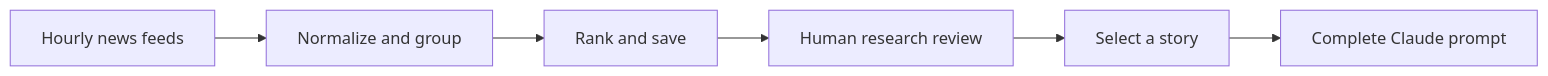
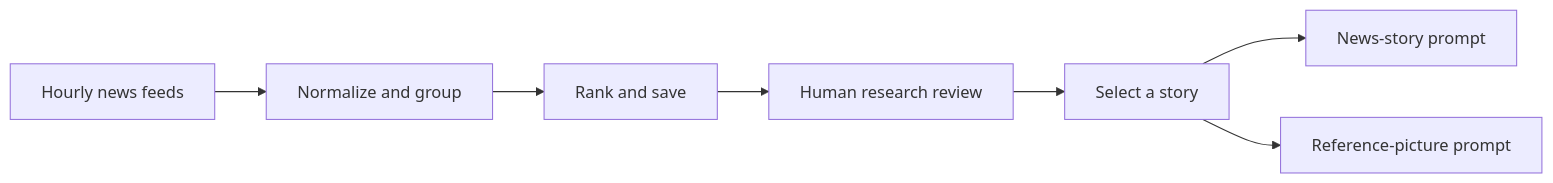
One commit to Sandeep37-s/news-agent changed the diagram in README.md. Above: the diagram before and after it, drawn with Mermaid. The commit also changed other lines of this file and 11 other files, not shown here.

Commit message:
Add separate news-story and reference-picture prompts

````diff
--- a/README.md
+++ b/README.md
@@ -74,8 +74,9 @@
 ```mermaid
 flowchart LR
     A[Hourly news feeds] --> B[Normalize and group]
     B --> C[Rank and save]
     C --> D[Human research review]
     D --> E[Select a story]
-    E --> F[Complete Claude prompt]
+    E --> F[News-story prompt]
+    E --> G[Reference-picture prompt]
 ```
````
